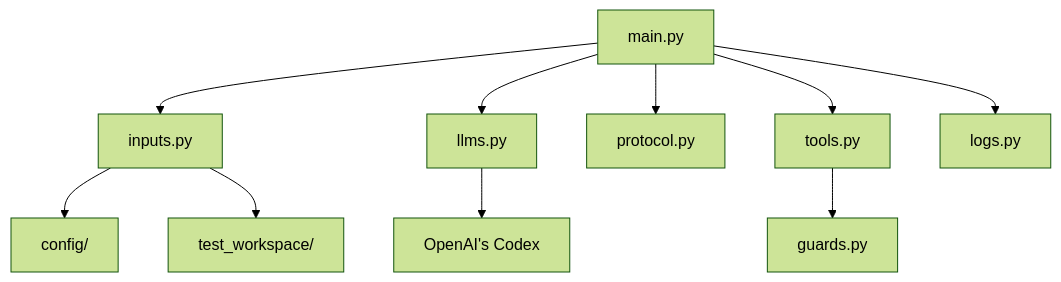
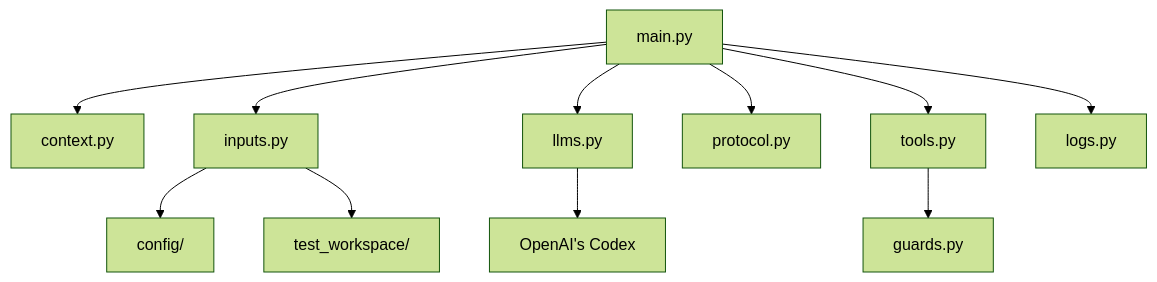
One commit to mtov/minixx changed the second of 2 diagrams in README.md. Above: the diagram before and after it, drawn with Mermaid (forest theme). The commit also changed other lines of this file and 2 other files, not shown here.

Commit message:
refactor: introduce AgentContext for run state

````diff
--- a/README.md
+++ b/README.md
@@ -64,23 +64,25 @@
 ```mermaid
 flowchart TD
     A["main.py"]
-    B["inputs.py"]
-    C["llms.py"]
-    D["protocol.py"]
-    E["tools.py"]
-    F["logs.py"]
-    G["guards.py"]
-    H["config/"]
-    I["test_workspace/"]
-    J["OpenAI's Codex"]
+    B["context.py"]
+    C["inputs.py"]
+    D["llms.py"]
+    E["protocol.py"]
+    F["tools.py"]
+    G["logs.py"]
+    H["guards.py"]
+    I["config/"]
+    J["test_workspace/"]
+    K["OpenAI's Codex"]
 
     A --> B
     A --> C
     A --> D
     A --> E
     A --> F
-    E --> G
-    B --> H
-    B --> I
+    A --> G
+    F --> H
+    C --> I
     C --> J
+    D --> K
 ```
````
